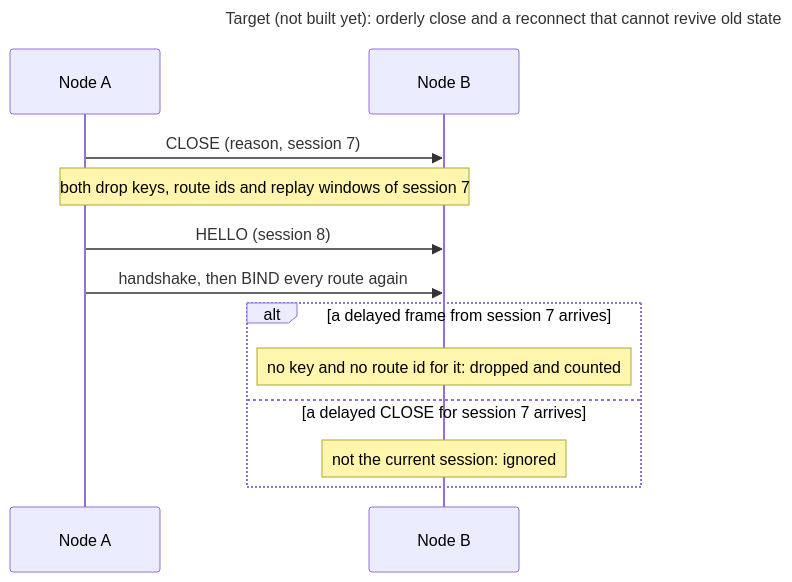
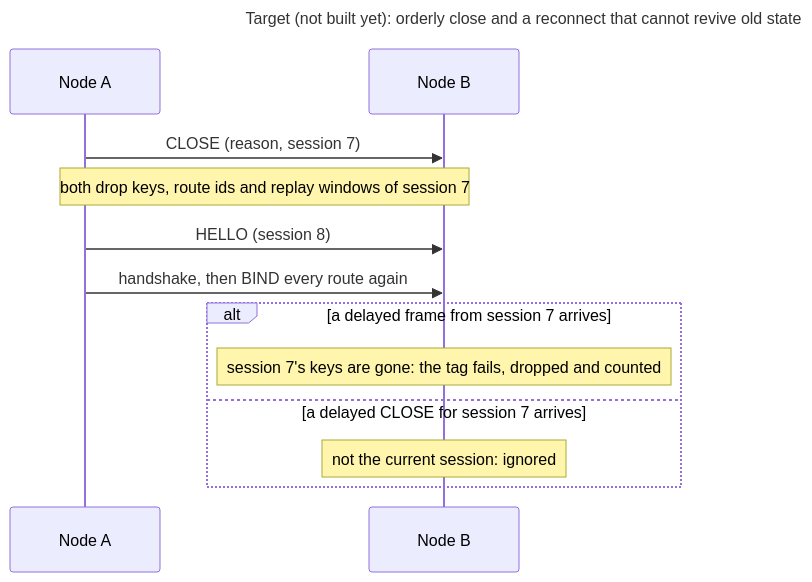
One commit to itohio/dndm changed the seventh of 7 diagrams in docs/diagrams/link-flows.md. Above: the diagram before and after it, drawn with Mermaid. The commit also changed other lines of this file and 6 other files, not shown here.

````diff
--- a/docs/diagrams/link-flows.md
+++ b/docs/diagrams/link-flows.md
@@ -183,15 +185,15 @@
 ```mermaid
 sequenceDiagram
     title Target (not built yet): orderly close and a reconnect that cannot revive old state
     participant A as Node A
     participant B as Node B
     A->>B: CLOSE (reason, session 7)
     Note over A,B: both drop keys, route ids and replay windows of session 7
     A->>B: HELLO (session 8)
     A->>B: handshake, then BIND every route again
     alt a delayed frame from session 7 arrives
-        Note over B: no key and no route id for it: dropped and counted
+        Note over B: session 7's keys are gone: the tag fails, dropped and counted
     else a delayed CLOSE for session 7 arrives
         Note over B: not the current session: ignored
     end
 ```
````
